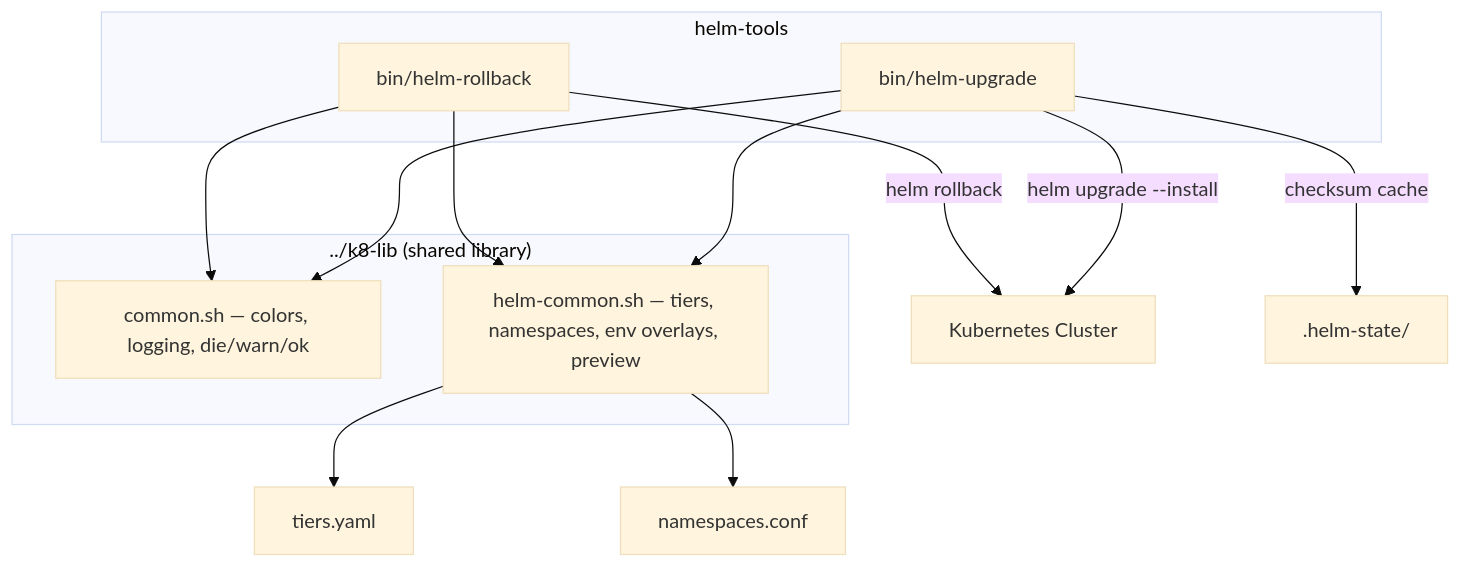
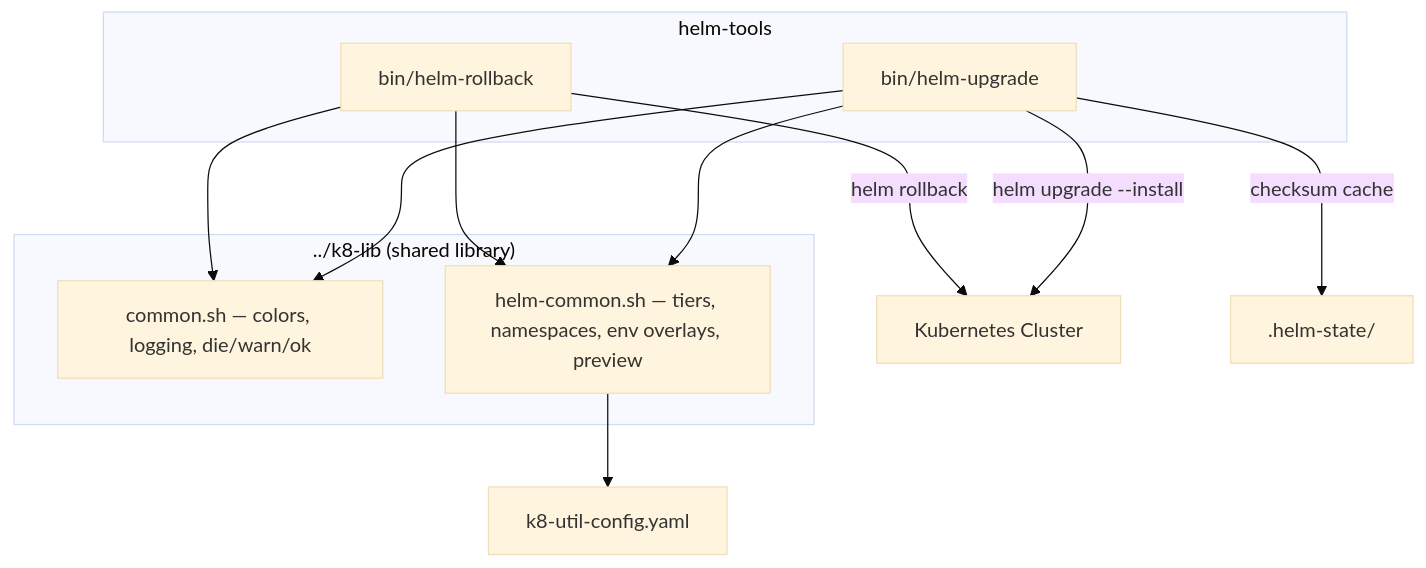
Before and after one commit to the-robot-lives/helm-tools: the diagram in docs/PROJ-ARCH.md, drawn with Mermaid (base theme).

````diff
--- a/docs/PROJ-ARCH.md
+++ b/docs/PROJ-ARCH.md
@@ -9,24 +9,23 @@
 ```mermaid
 graph TB
     subgraph helm-tools
         HU[bin/helm-upgrade]
         HR[bin/helm-rollback]
     end
 
     subgraph k8-lib ["../k8-lib (shared library)"]
         COM[common.sh — colors, logging, die/warn/ok]
         HC[helm-common.sh — tiers, namespaces, env overlays, preview]
     end
 
     HU --> COM
     HU --> HC
     HR --> COM
     HR --> HC
 
-    HC --> TY[tiers.yaml]
-    HC --> NS[namespaces.conf]
+    HC --> CFG[k8-util-config.yaml]
 
     HU -->|helm upgrade --install| K8[Kubernetes Cluster]
     HR -->|helm rollback| K8
     HU -->|checksum cache| STATE[.helm-state/]
 ```
````
